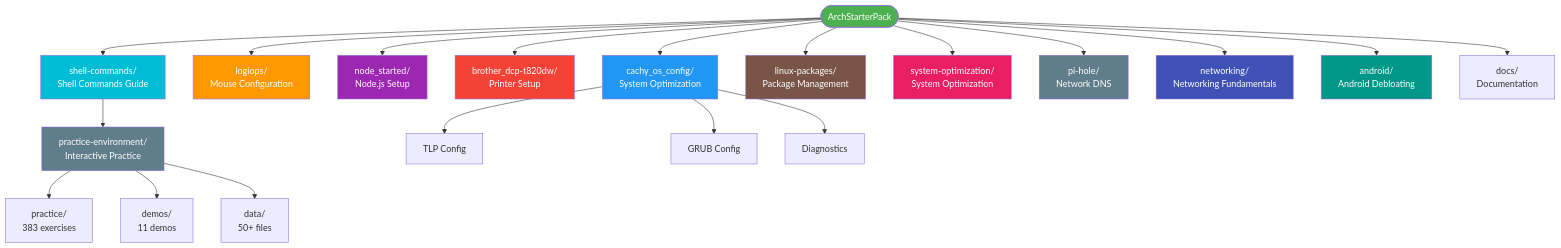
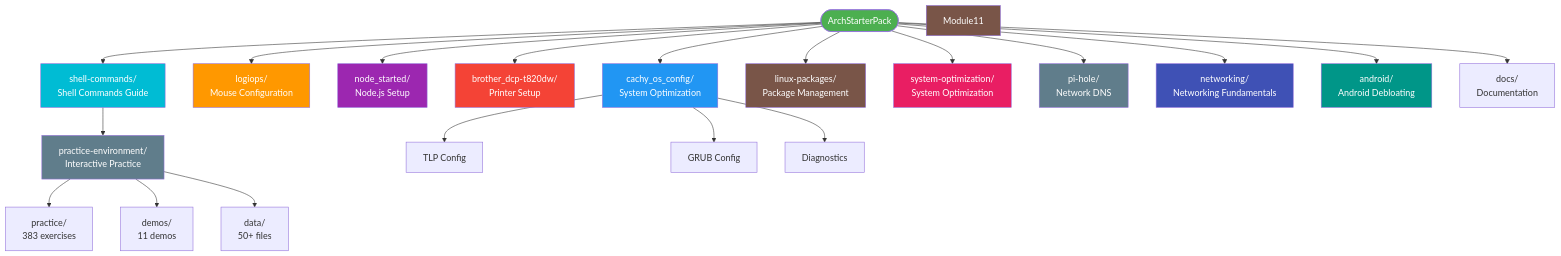
The first of 3 diagrams in README.md (cjmaaz/ArchStarterPack), drawn with Mermaid before and after one commit. The commit also changed other lines of this file and 74 other files, not shown here.

````diff
--- a/README.md
+++ b/README.md
@@ -734,36 +783,37 @@
 ```mermaid
 graph TD
     Root([ArchStarterPack]) --> Module1[cachy_os_config/<br/>System Optimization]
     Root --> Module2[logiops/<br/>Mouse Configuration]
     Root --> Module3[node_started/<br/>Node.js Setup]
     Root --> Module4[brother_dcp-t820dw/<br/>Printer Setup]
     Root --> Module5[shell-commands/<br/>Shell Commands Guide]
     Root --> Module6[linux-packages/<br/>Package Management]
     Root --> Module7[system-optimization/<br/>System Optimization]
     Root --> Module8[pi-hole/<br/>Network DNS]
     Root --> Module9[networking/<br/>Networking Fundamentals]
     Root --> Module10[android/<br/>Android Debloating]
     Root --> Docs[docs/<br/>Documentation]
 
     Module5 --> PracticeEnv[practice-environment/<br/>Interactive Practice]
     PracticeEnv --> Practice[practice/<br/>383 exercises]
     PracticeEnv --> Demos[demos/<br/>11 demos]
     PracticeEnv --> Data[data/<br/>50+ files]
 
     Module1 --> Config1[TLP Config]
     Module1 --> Config2[GRUB Config]
     Module1 --> Diag[Diagnostics]
 
     style Root fill:#4caf50,color:#fff
     style Module1 fill:#2196f3,color:#fff
     style Module2 fill:#ff9800,color:#fff
     style Module3 fill:#9c27b0,color:#fff
     style Module4 fill:#f44336,color:#fff
     style Module5 fill:#00bcd4,color:#fff
     style Module6 fill:#795548,color:#fff
     style Module7 fill:#e91e63,color:#fff
     style Module8 fill:#607d8b,color:#fff
     style Module9 fill:#3f51b5,color:#fff
     style Module10 fill:#009688,color:#fff
+    style Module11 fill:#795548,color:#fff
     style PracticeEnv fill:#607d8b,color:#fff
 ```
````
